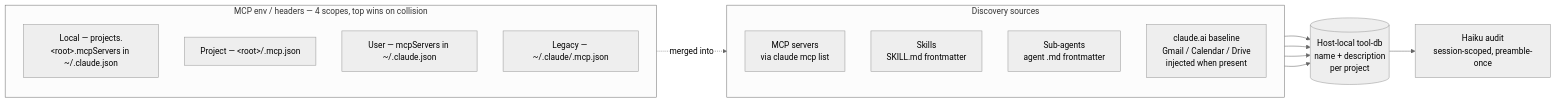
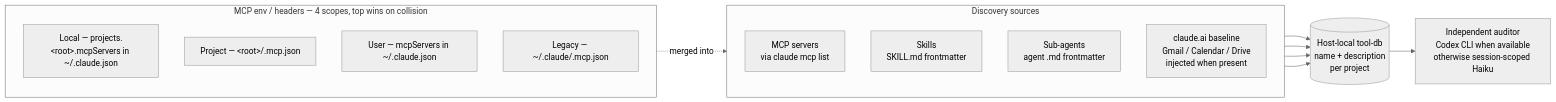
Before and after one commit to kitepon-rgb/Spotter: the second of 2 diagrams in README.md, drawn with Mermaid (neutral theme). The commit also changed other lines of this file and 14 other files, not shown here.

````diff
--- a/README.md
+++ b/README.md
@@ -108,23 +109,23 @@
 ```mermaid
 flowchart LR
     subgraph SRC[Discovery sources]
       direction TB
       MCP[MCP servers<br/>via claude mcp list]
       SK[Skills<br/>SKILL.md frontmatter]
       AG[Sub-agents<br/>agent .md frontmatter]
       BL[claude.ai baseline<br/>Gmail / Calendar / Drive<br/>injected when present]
     end
     subgraph SCOPES["MCP env / headers — 4 scopes, top wins on collision"]
       direction TB
       L["Local — projects.&lt;root&gt;.mcpServers in ~/.claude.json"]
       P["Project — &lt;root&gt;/.mcp.json"]
       US["User — mcpServers in ~/.claude.json"]
       LG["Legacy — ~/.claude/.mcp.json"]
     end
     SCOPES -. merged into .-> MCP
     MCP --> DB[(Host-local tool-db<br/>name + description<br/>per project)]
     SK --> DB
     AG --> DB
     BL --> DB
-    DB --> H[Haiku audit<br/>session-scoped, preamble-once]
+    DB --> H[Independent auditor<br/>Codex CLI when available<br/>otherwise session-scoped Haiku]
 ```
````
